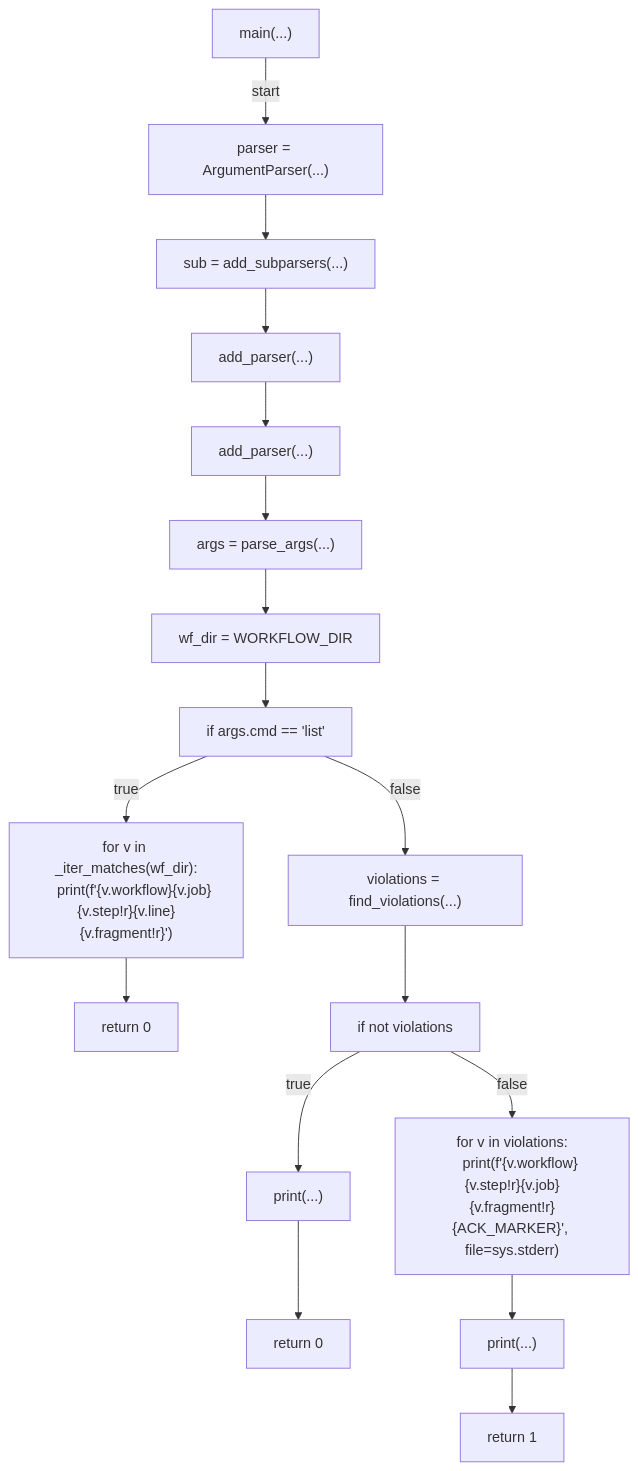
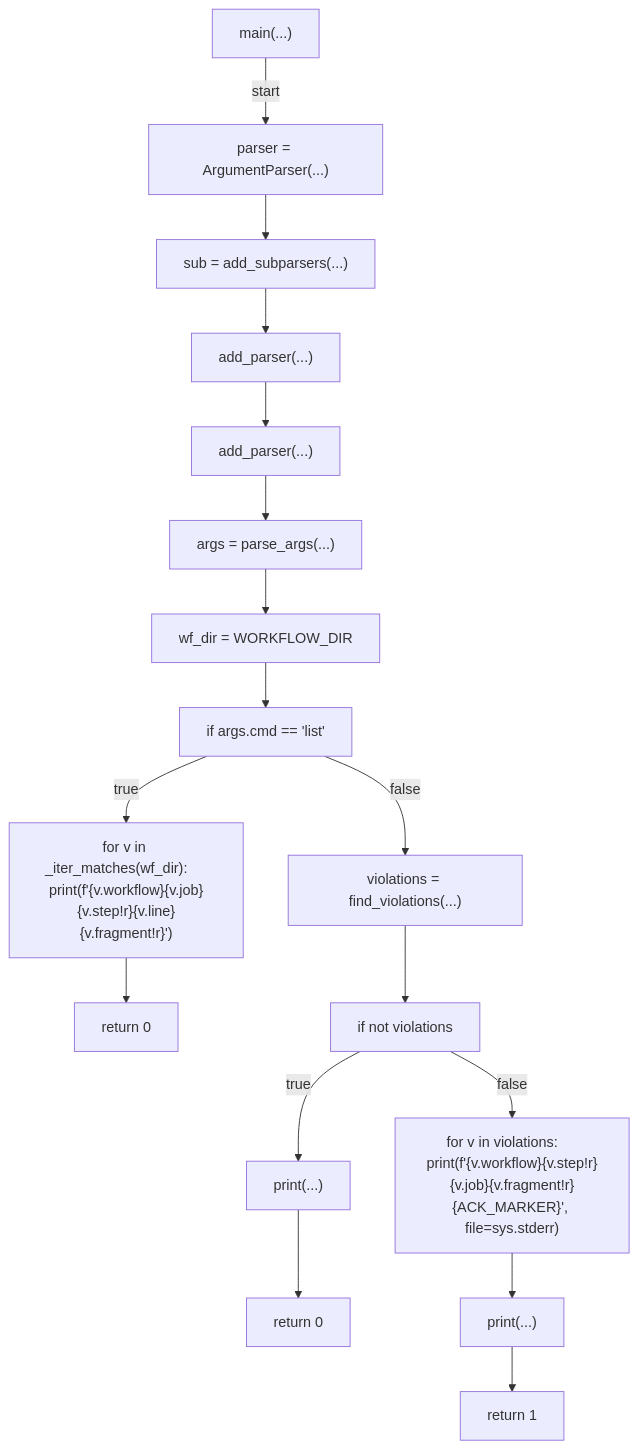
Before and after one commit to tvna/claude-md: the sixth of 6 diagrams in docs/generated/scripts/ast/scan_workflow_injection.md, drawn with Mermaid. The commit also changed other lines of this file and 23 other files, not shown here.

First line of the commit message:
docs(generated): regenerate decision tree and workflow diagrams (batch 4/5)

````diff
--- a/docs/generated/scripts/ast/scan_workflow_injection.md
+++ b/docs/generated/scripts/ast/scan_workflow_injection.md
@@ -96,38 +68,36 @@
 ```mermaid
 flowchart TD
     N001["main(...)"]
     N002["parser = ArgumentParser(...)"]
     N003["sub = add_subparsers(...)"]
     N004["add_parser(...)"]
     N005["add_parser(...)"]
     N006["args = parse_args(...)"]
     N007["wf_dir = WORKFLOW_DIR"]
     N008["if args.cmd == 'list'"]
-    N009["for v in _iter_matches(wf_dir):
-    print(f'{v.workflow}<str>{v.job}<str>{v.step!r}<str>{v.line}<str>{v.fragment!r}')"]
+    N009["for v in _iter_matches(wf_dir):     print(f'{v.workflow}<str>{v.job}<str>{v.step!r}<str>{v.line}<str>{v.fragment!r}')"]
     N010["return 0"]
     N011["violations = find_violations(...)"]
     N012["if not violations"]
     N013["print(...)"]
     N014["return 0"]
-    N015["for v in violations:
-    print(f'<str>{v.workflow}<str>{v.step!r}<str>{v.job}<str>{v.fragment!r}<str>{ACK_MARKER}<str>', file=sys.stderr)"]
+    N015["for v in violations:     print(f'<str>{v.workflow}<str>{v.step!r}<str>{v.job}<str>{v.fragment!r}<str>{ACK_MARKER}<str>', file=sys.stderr)"]
     N016["print(...)"]
     N017["return 1"]
     N001 -->|"start"| N002
     N002 --> N003
     N003 --> N004
     N004 --> N005
     N005 --> N006
     N006 --> N007
     N007 --> N008
     N008 -->|"true"| N009
     N009 --> N010
     N008 -->|"false"| N011
     N011 --> N012
     N012 -->|"true"| N013
     N013 --> N014
     N012 -->|"false"| N015
     N015 --> N016
     N016 --> N017
 ```
````
